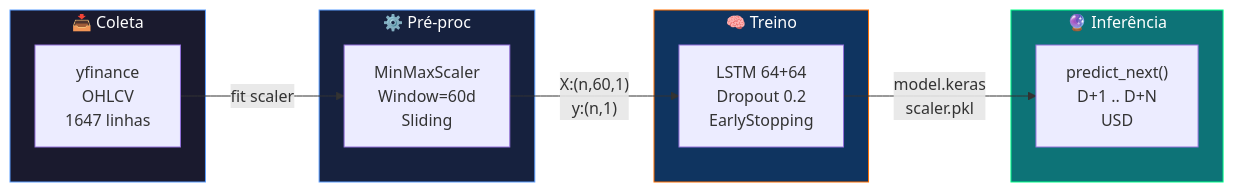
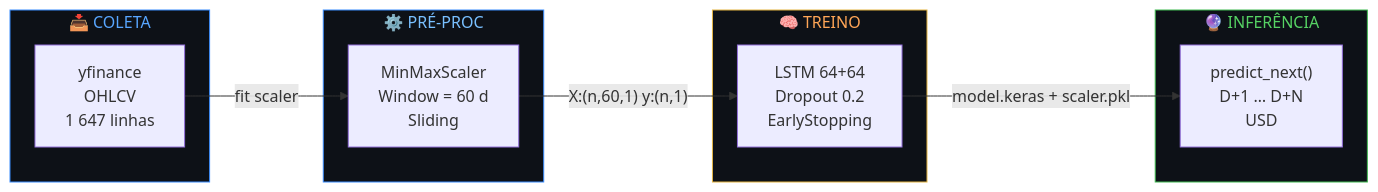
One commit to dionebraga/Pos_Tech_MLET-Fase-4 changed the second of 4 diagrams in README.md. Above: the diagram before and after it, drawn with Mermaid. The commit also changed other lines of this file, not shown here.

````diff
--- a/README.md
+++ b/README.md
@@ -133,24 +213,24 @@
 ```mermaid
 flowchart LR
-    subgraph COLETA["📥 Coleta"]
-        A["yfinance\nOHLCV\n1647 linhas"]
+    subgraph C1["📥  COLETA"]
+        A["yfinance\nOHLCV\n1 647 linhas"]
     end
-    subgraph PROC["⚙️ Pré-proc"]
-        B["MinMaxScaler\nWindow=60d\nSliding"]
+    subgraph C2["⚙️  PRÉ-PROC"]
+        B["MinMaxScaler\nWindow = 60 d\nSliding"]
     end
-    subgraph TREINO["🧠 Treino"]
+    subgraph C3["🧠  TREINO"]
         C["LSTM 64+64\nDropout 0.2\nEarlyStopping"]
     end
-    subgraph INFER["🔮 Inferência"]
-        D["predict_next()\nD+1 .. D+N\nUSD"]
+    subgraph C4["🔮  INFERÊNCIA"]
+        D["predict_next()\nD+1 … D+N\nUSD"]
     end
 
     A -->|"fit scaler"| B
-    B -->|"X:(n,60,1)\ny:(n,1)"| C
-    C -->|"model.keras\nscaler.pkl"| D
+    B -->|"X:(n,60,1)  y:(n,1)"| C
+    C -->|"model.keras + scaler.pkl"| D
 
-    style COLETA fill:#1a1a2e,color:#fff,stroke:#5B9DFF
-    style PROC fill:#16213e,color:#fff,stroke:#5B9DFF
-    style TREINO fill:#0f3460,color:#fff,stroke:#FF6F00
-    style INFER fill:#0d7377,color:#fff,stroke:#00FF88
+    style C1 fill:#0d1117,color:#58a6ff,stroke:#388bfd
+    style C2 fill:#0d1117,color:#79c0ff,stroke:#388bfd
+    style C3 fill:#0d1117,color:#ffa657,stroke:#e3b341
+    style C4 fill:#0d1117,color:#56d364,stroke:#3fb950
 ```
````
